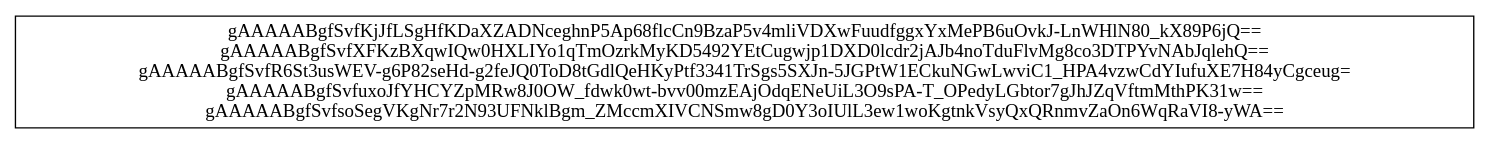
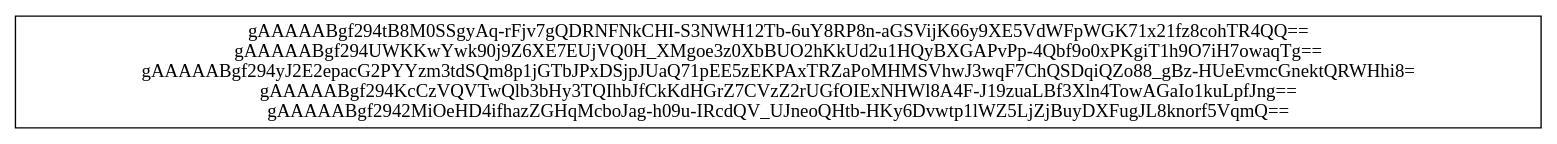
The diagram in Backend/reportesDot/ArbolBEncriptado.dot (Villa01/EDD_VirtualMall_201900907), drawn with Graphviz before and after one commit. The commit also changed 15 other files, not shown here.

```diff
--- a/Backend/reportesDot/ArbolBEncriptado.dot
+++ b/Backend/reportesDot/ArbolBEncriptado.dot
@@ -1,5 +1,5 @@
 digraph grafo { 
 	node[shape="record"]
-nodo1234567890101[label = "gAAAAABgfSvfKjJfLSgHfKDaXZADNceghnP5Ap68flcCn9BzaP5v4mliVDXwFuudfggxYxMePB6uOvkJ-LnWHlN80_kX89P6jQ==\ngAAAAABgfSvfXFKzBXqwIQw0HXLIYo1qTmOzrkMyKD5492YEtCugwjp1DXD0lcdr2jAJb4noTduFlvMg8co3DTPYvNAbJqlehQ==\ngAAAAABgfSvfR6St3usWEV-g6P82seHd-g2feJQ0ToD8tGdlQeHKyPtf3341TrSgs5SXJn-5JGPtW1ECkuNGwLwviC1_HPA4vzwCdYIufuXE7H84yCgceug=\ngAAAAABgfSvfuxoJfYHCYZpMRw8J0OW_fdwk0wt-bvv00mzEAjOdqENeUiL3O9sPA-T_OPedyLGbtor7gJhJZqVftmMthPK31w==\ngAAAAABgfSvfsoSegVKgNr7r2N93UFNklBgm_ZMccmXIVCNSmw8gD0Y3oIUlL3ew1woKgtnkVsyQxQRnmvZaOn6WqRaVI8-yWA=="];
+nodo1234567890101[label = "gAAAAABgf294tB8M0SSgyAq-rFjv7gQDRNFNkCHI-S3NWH12Tb-6uY8RP8n-aGSVijK66y9XE5VdWFpWGK71x21fz8cohTR4QQ==\ngAAAAABgf294UWKKwYwk90j9Z6XE7EUjVQ0H_XMgoe3z0XbBUO2hKkUd2u1HQyBXGAPvPp-4Qbf9o0xPKgiT1h9O7iH7owaqTg==\ngAAAAABgf294yJ2E2epacG2PYYzm3tdSQm8p1jGTbJPxDSjpJUaQ71pEE5zEKPAxTRZaPoMHMSVhwJ3wqF7ChQSDqiQZo88_gBz-HUeEvmcGnektQRWHhi8=\ngAAAAABgf294KcCzVQVTwQlb3bHy3TQIhbJfCkKdHGrZ7CVzZ2rUGfOIExNHWl8A4F-J19zuaLBf3Xln4TowAGaIo1kuLpfJng==\ngAAAAABgf2942MiOeHD4ifhazZGHqMcboJag-h09u-IRcdQV_UJneoQHtb-HKy6Dvwtp1lWZ5LjZjBuyDXFugJL8knorf5VqmQ=="];
 
 }
```
